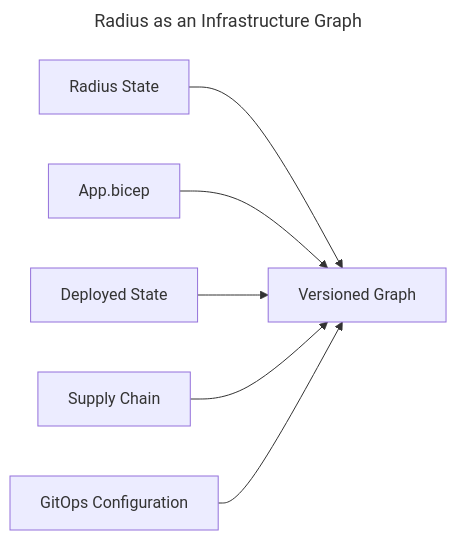
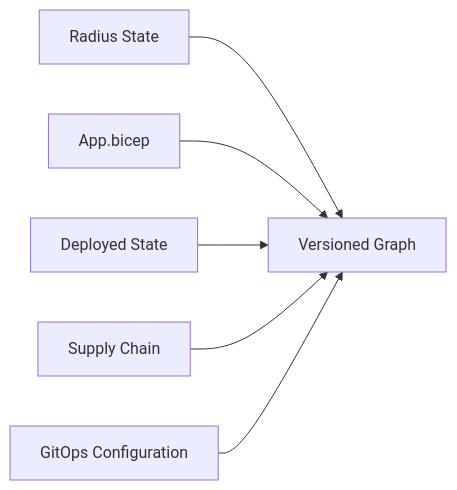
The third of 3 diagrams in specs/001-git-app-graph-preview/radius-graph-proposal.md (radius-project/design-notes), drawn with Mermaid before and after one commit. The commit also changed other lines of this file, not shown here.

````diff
--- a/specs/001-git-app-graph-preview/radius-graph-proposal.md
+++ b/specs/001-git-app-graph-preview/radius-graph-proposal.md
@@ -49,11 +75,8 @@
 ```mermaid
----
-title: Radius as an Infrastructure Graph
----
 flowchart LR
   State["Radius State"] --> Graph["Versioned Graph"]
   AppBicep["App.bicep"] --> Graph
   Deployed["Deployed State"] --> Graph
   SupplyChain["Supply Chain"] --> Graph
-  GitOps["GitOps Configuration"] --> Graph
+  GitOpsConfig["GitOps Configuration"] --> Graph
 ```
````
